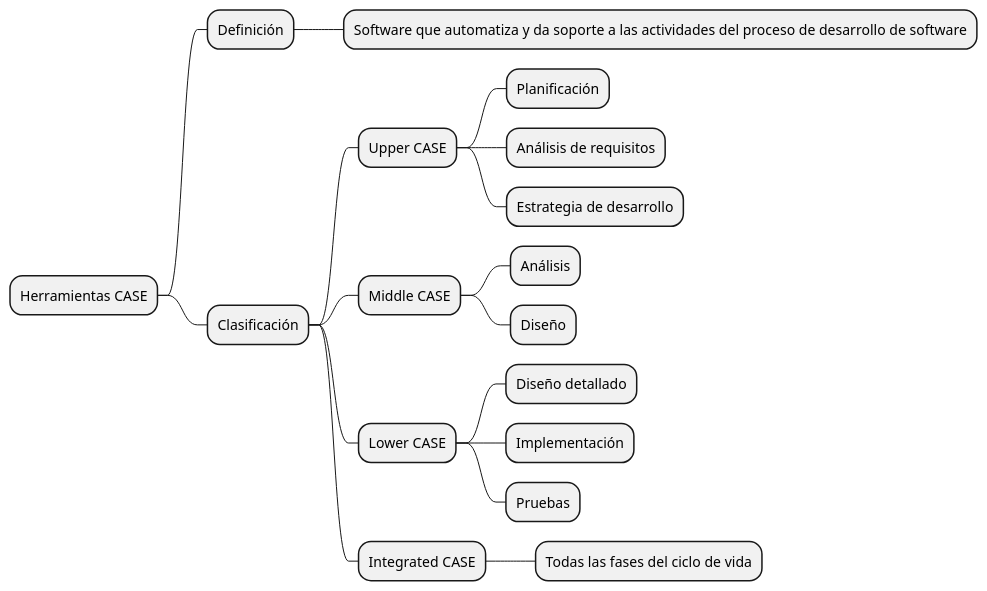
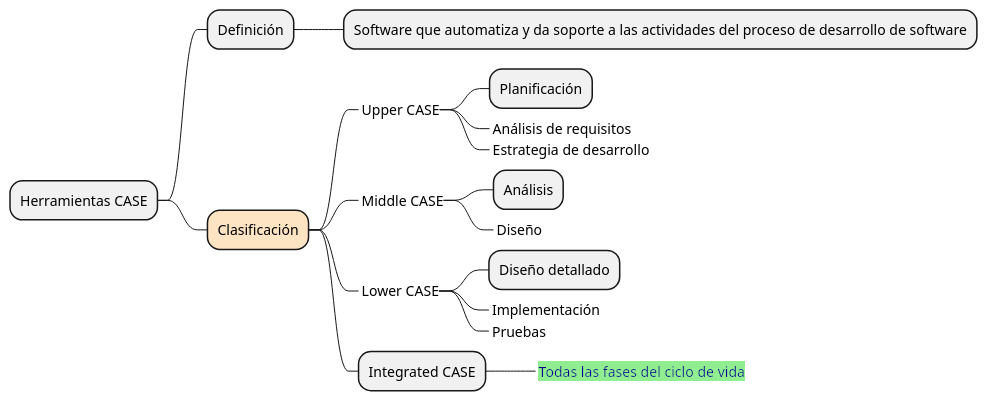
Before and after one commit to luisgomezgithub/CursoGit: the diagram in 1.CASE.puml, drawn with PlantUML. The commit also changed 9 other files, not shown here.

```diff
--- a/1.CASE.puml
+++ b/1.CASE.puml
@@ -1,19 +1,19 @@
 @startmindmap
 * Herramientas CASE
 ** Definición
 *** Software que automatiza y da soporte a las actividades del proceso de desarrollo de software
-** Clasificación
-*** Upper CASE
+**[#Bisque] Clasificación
+***_ Upper CASE
 **** Planificación
-**** Análisis de requisitos
-**** Estrategia de desarrollo
-*** Middle CASE
+****_ Análisis de requisitos
+****_ Estrategia de desarrollo
+***_ Middle CASE
 **** Análisis
-**** Diseño
-*** Lower CASE
+****_ Diseño
+***_ Lower CASE
 **** Diseño detallado
-**** Implementación
-**** Pruebas
+****_ Implementación
+****_ Pruebas
 *** Integrated CASE
-**** Todas las fases del ciclo de vida
+****_ <back:lightgreen><color darkblue>Todas las fases del ciclo de vida
 @endmindmap
```
